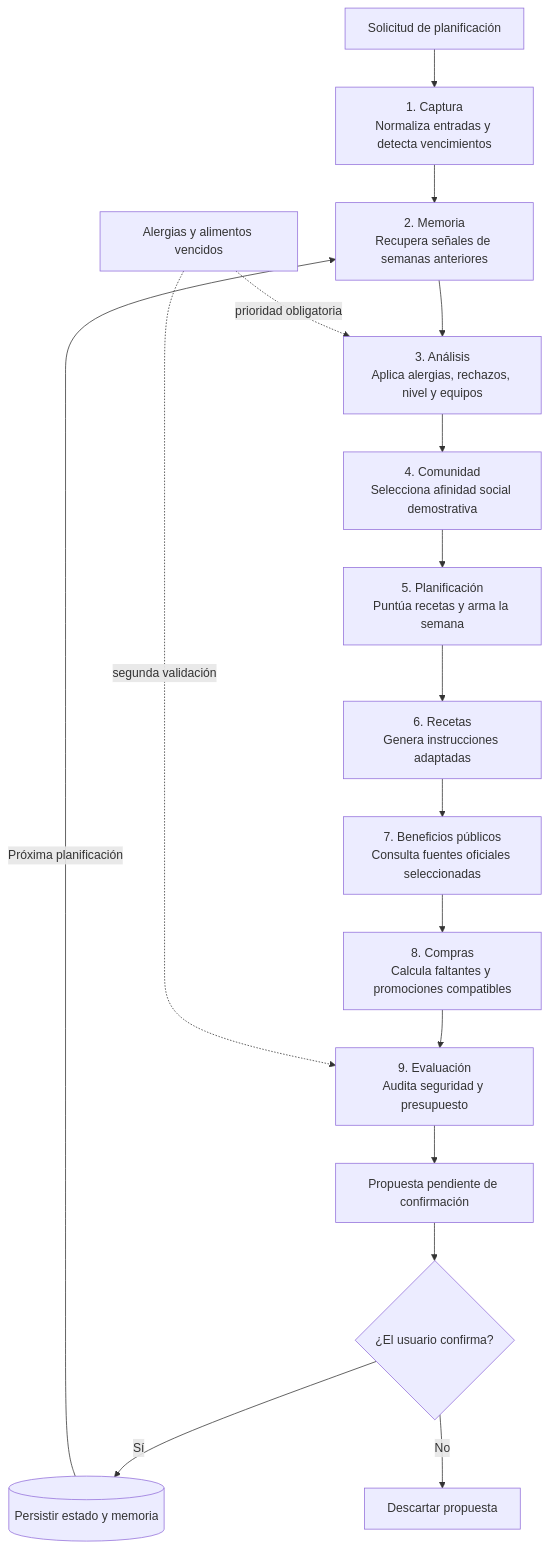
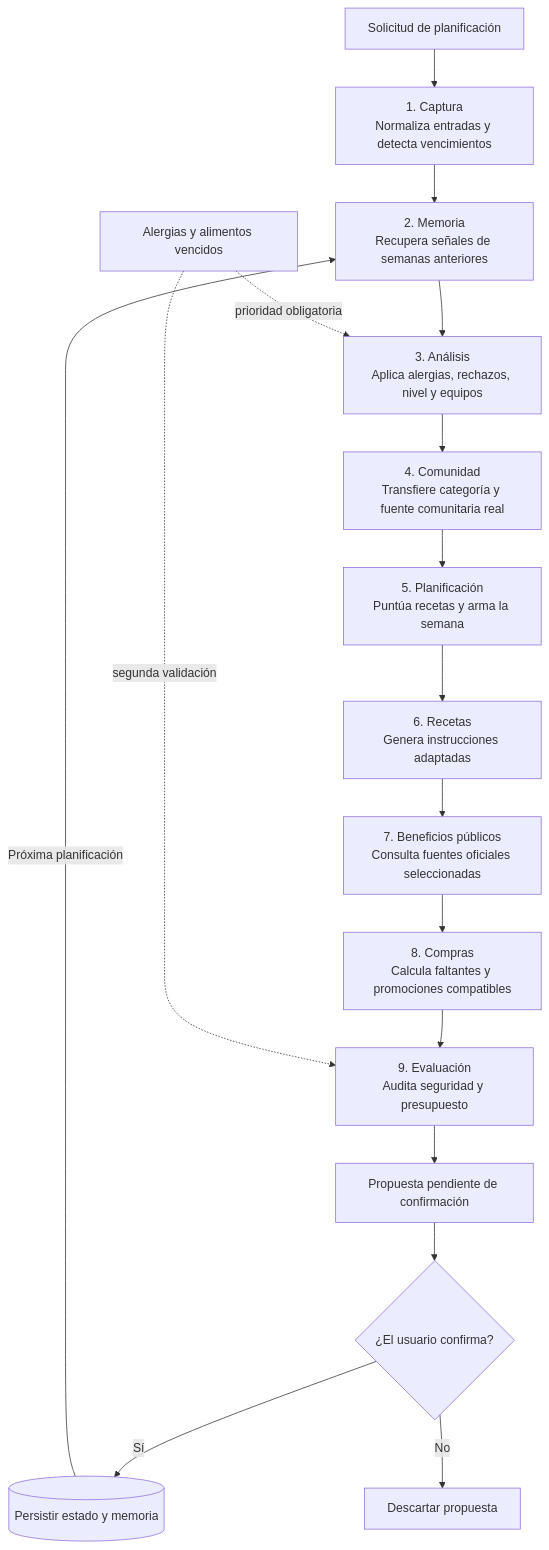
The second of 3 diagrams in docs/arquitectura.md (LautyDe/Entrega-CursoIA), drawn with Mermaid before and after one commit. The commit also changed other lines of this file and 8 other files, not shown here.

````diff
--- a/docs/arquitectura.md
+++ b/docs/arquitectura.md
@@ -67,20 +70,20 @@
 ```mermaid
 flowchart TD
     IN[Solicitud de planificación] --> A1
     A1[1. Captura<br/>Normaliza entradas y detecta vencimientos] --> A2
     A2[2. Memoria<br/>Recupera señales de semanas anteriores] --> A3
     A3[3. Análisis<br/>Aplica alergias, rechazos, nivel y equipos] --> A4
-    A4[4. Comunidad<br/>Selecciona afinidad social demostrativa] --> A5
+    A4[4. Comunidad<br/>Transfiere categoría y fuente comunitaria real] --> A5
     A5[5. Planificación<br/>Puntúa recetas y arma la semana] --> A6
     A6[6. Recetas<br/>Genera instrucciones adaptadas] --> A7
     A7[7. Beneficios públicos<br/>Consulta fuentes oficiales seleccionadas] --> A8
     A8[8. Compras<br/>Calcula faltantes y promociones compatibles] --> A9
     A9[9. Evaluación<br/>Audita seguridad y presupuesto] --> OUT
     OUT[Propuesta pendiente de confirmación] --> DEC{¿El usuario confirma?}
     DEC -->|Sí| MEM[(Persistir estado y memoria)]
     DEC -->|No| END[Descartar propuesta]
     MEM -->|Próxima planificación| A2
 
     SAFE[Alergias y alimentos vencidos] -. prioridad obligatoria .-> A3
     SAFE -. segunda validación .-> A9
 ```
````
